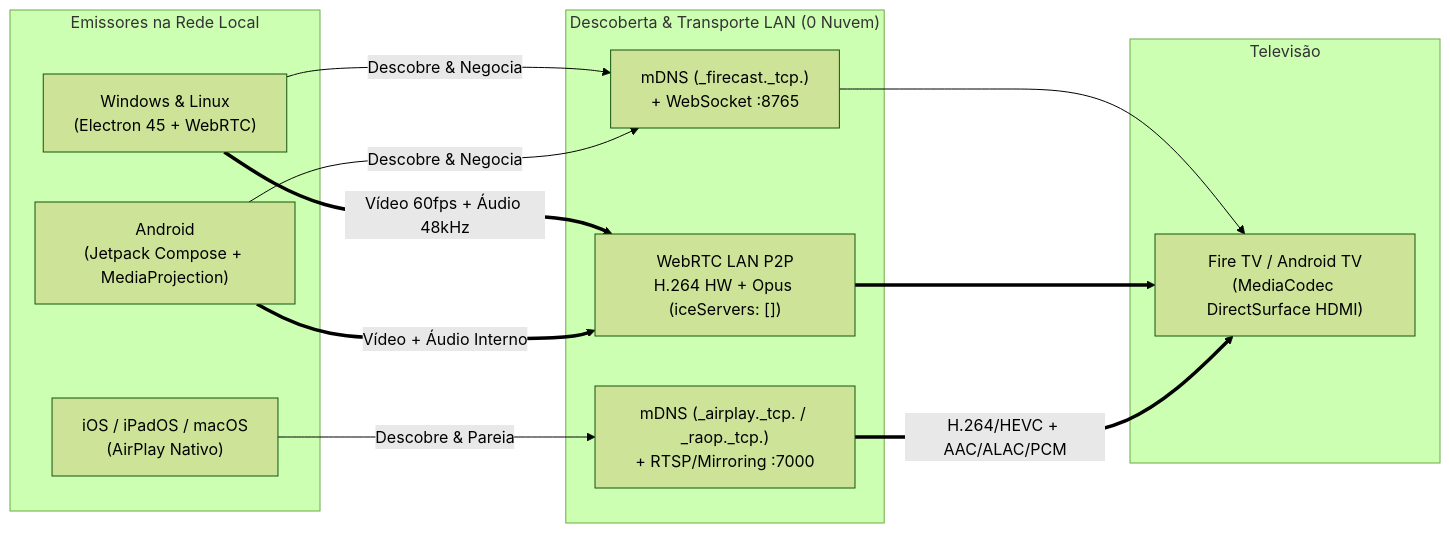
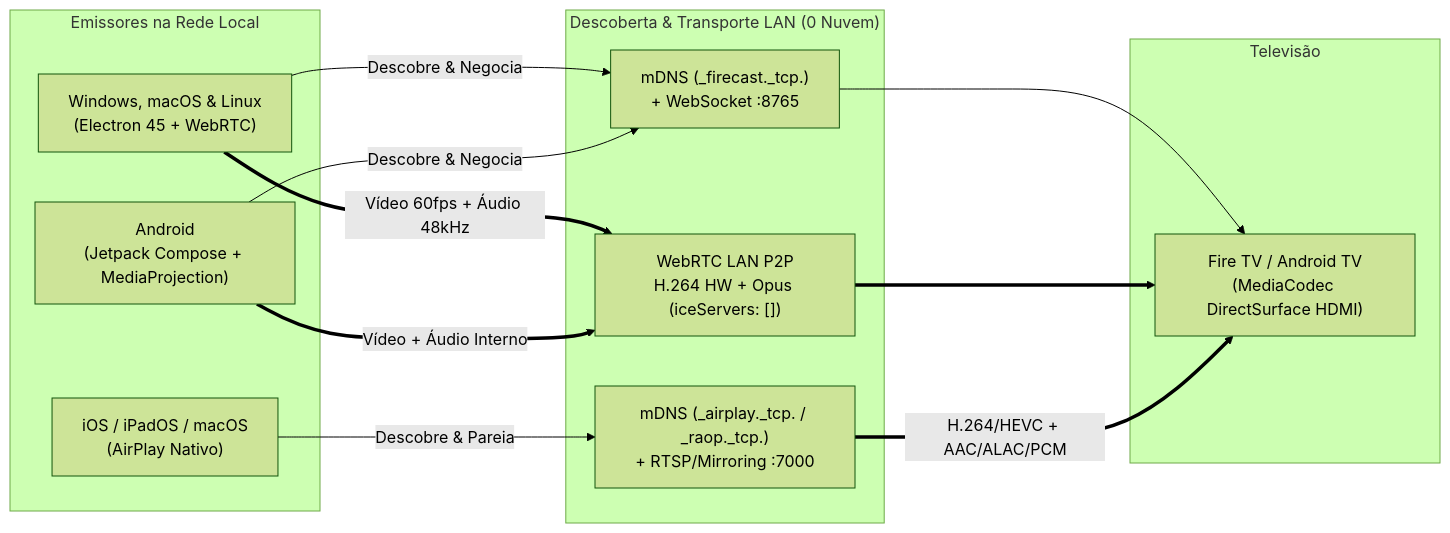
One commit to EduardoCoura/castviewer changed the diagram in README.md. Above: the diagram before and after it, drawn with Mermaid (forest theme). The commit also changed other lines of this file and 15 other files, not shown here.

````diff
--- a/README.md
+++ b/README.md
@@ -95,27 +114,27 @@
 ```mermaid
 flowchart LR
     subgraph Senders ["Emissores na Rede Local"]
-        PC["Windows & Linux<br/>(Electron 45 + WebRTC)"]
+        PC["Windows, macOS & Linux<br/>(Electron 45 + WebRTC)"]
         AND["Android<br/>(Jetpack Compose + MediaProjection)"]
         IOS["iOS / iPadOS / macOS<br/>(AirPlay Nativo)"]
     end
 
     subgraph Network ["Descoberta & Transporte LAN (0 Nuvem)"]
         SIG["mDNS (_firecast._tcp.)<br/>+ WebSocket :8765"]
         P2P["WebRTC LAN P2P<br/>H.264 HW + Opus (iceServers: [])"]
         AP["mDNS (_airplay._tcp. / _raop._tcp.)<br/>+ RTSP/Mirroring :7000"]
     end
 
     subgraph Receiver ["Televisão"]
         FTV["Fire TV / Android TV<br/>(MediaCodec DirectSurface HDMI)"]
     end
 
     PC -->|Descobre & Negocia| SIG
     AND -->|Descobre & Negocia| SIG
     PC ==>|Vídeo 60fps + Áudio 48kHz| P2P
     AND ==>|Vídeo + Áudio Interno| P2P
     SIG --> FTV
     P2P ==> FTV
     IOS -->|Descobre & Pareia| AP
     AP ==>|H.264/HEVC + AAC/ALAC/PCM| FTV
 ```
````
